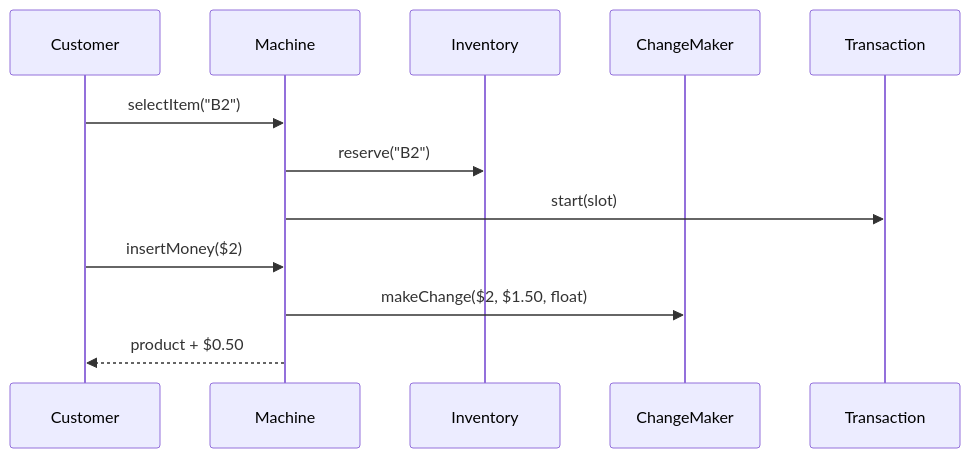
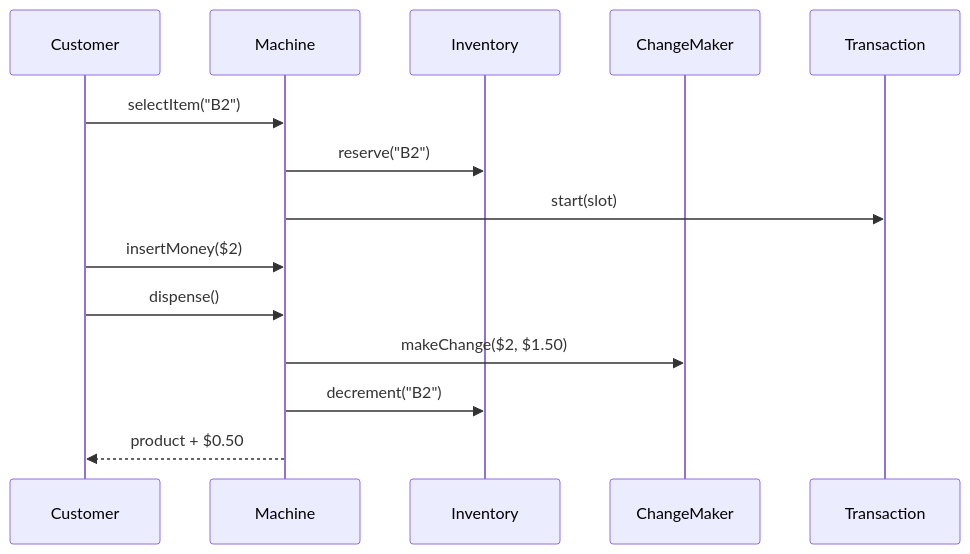
The second of 3 diagrams in low-level-design/vending-machine.md (Anilinfo2015/anilinfo2015.github.io), drawn with Mermaid before and after one commit. The commit also changed other lines of this file and 13 other files, not shown here.

````diff
--- a/low-level-design/vending-machine.md
+++ b/low-level-design/vending-machine.md
@@ -124,14 +124,16 @@
 ```mermaid
 sequenceDiagram
     participant C as Customer
     participant VM as Machine
     participant I as Inventory
     participant CM as ChangeMaker
     participant T as Transaction
     C->>VM: selectItem("B2")
     VM->>I: reserve("B2")
     VM->>T: start(slot)
     C->>VM: insertMoney($2)
-    VM->>CM: makeChange($2, $1.50, float)
+    C->>VM: dispense()
+    VM->>CM: makeChange($2, $1.50)
+    VM->>I: decrement("B2")
     VM-->>C: product + $0.50
 ```
````
